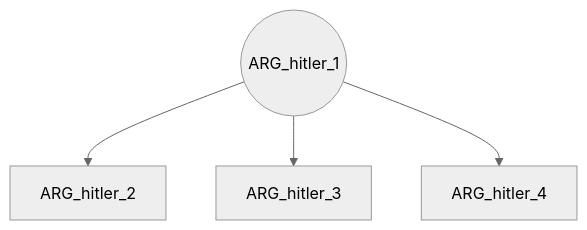
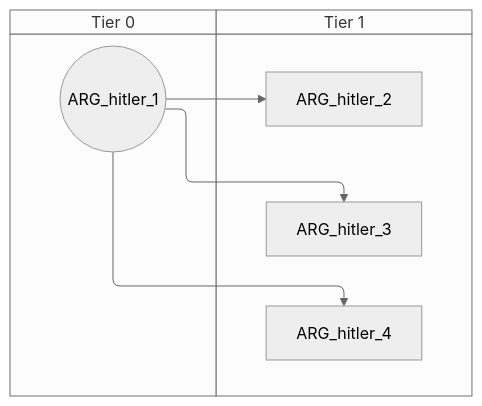
Before and after one commit to evgeny-sobol/hoi4-sandbox-mode-r56: the third of 5 diagrams in docs/gdd/National Focuses/r56/argentina.md, drawn with Mermaid (neutral theme). The commit also changed other lines of this file and 423 other files, not shown here.

First line of the commit message:
Re-export Rt56 focus trees as swimlane diagrams

````diff
--- a/docs/gdd/National Focuses/r56/argentina.md
+++ b/docs/gdd/National Focuses/r56/argentina.md
@@ -141,10 +175,14 @@
 ```mermaid
-flowchart TD
-    n56(("ARG_hitler_1"))
-    n57["ARG_hitler_2"]
-    n58["ARG_hitler_3"]
-    n59["ARG_hitler_4"]
+swimlane-beta TD
+    subgraph tier_0["Tier 0"]
+        n56(("ARG_hitler_1"))
+    end
+    subgraph tier_1["Tier 1"]
+        n57["ARG_hitler_2"]
+        n58["ARG_hitler_3"]
+        n59["ARG_hitler_4"]
+    end
     n56 --> n57
     n56 --> n58
     n56 --> n59
 ```
````
